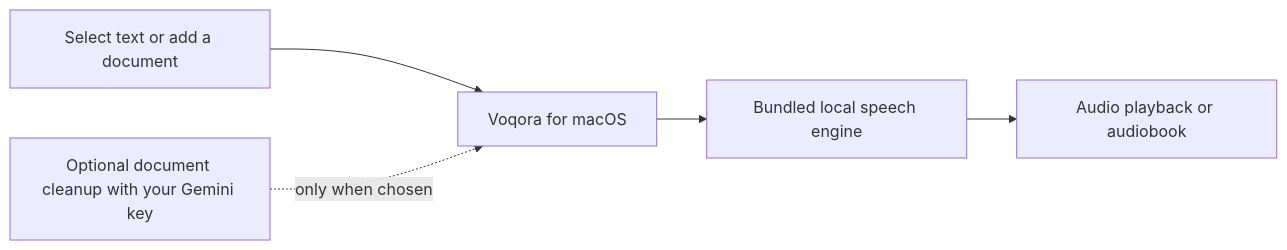
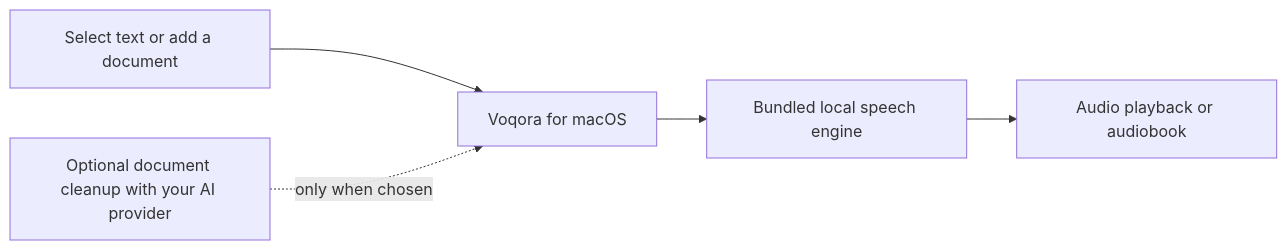
One commit to himudigonda/Voqora changed the diagram in README.md. Above: the diagram before and after it, drawn with Mermaid. The commit also changed other lines of this file and 45 other files, not shown here.

````diff
--- a/README.md
+++ b/README.md
@@ -82,7 +83,7 @@
 ```mermaid
 flowchart LR
     A["Select text or add a document"] --> B["Voqora for macOS"]
     B --> C["Bundled local speech engine"]
     C --> D["Audio playback or audiobook"]
-    E["Optional document cleanup with your Gemini key"] -. only when chosen .-> B
+    E["Optional document cleanup with your AI provider"] -. only when chosen .-> B
 ```
````
